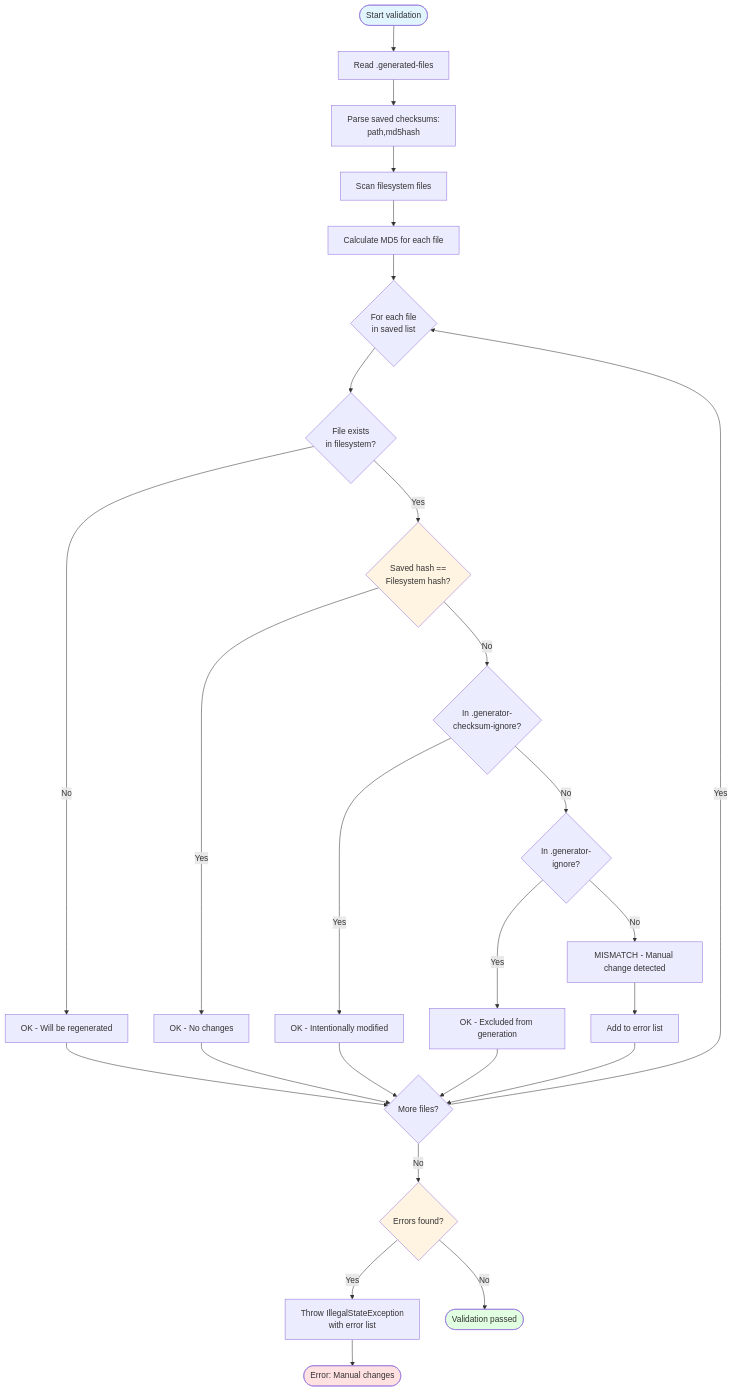
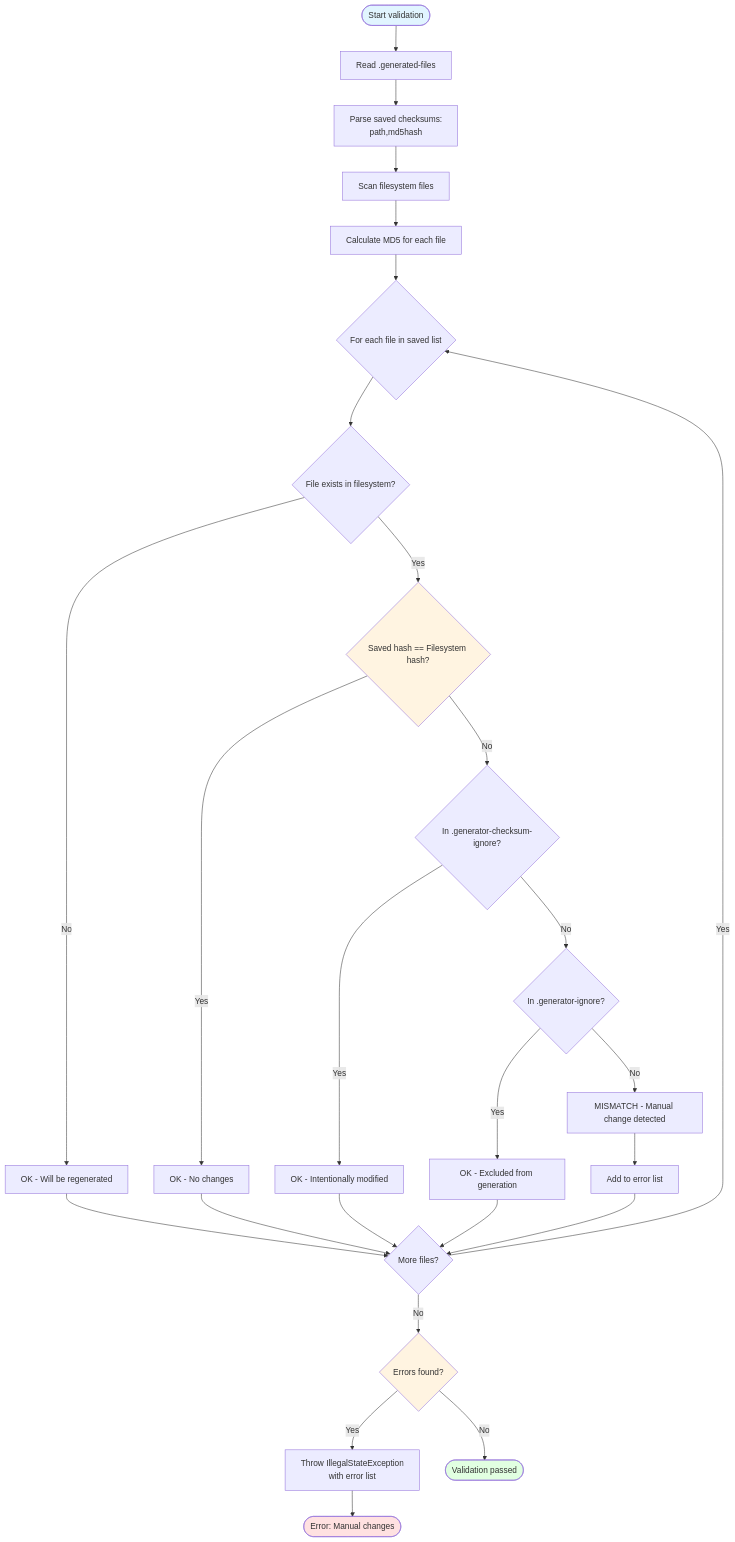
The seventh of 8 diagrams in README.adoc (BlackBeltTechnology/judo-generator-commons), drawn with Mermaid before and after one commit. The commit also changed other lines of this file and 2 other files, not shown here.

First line of the commit message:
Fix Mermaid diagram syntax errors and PAM/PSM typo

```diff
--- a/README.adoc
+++ b/README.adoc
@@ -490,49 +490,49 @@
 [mermaid]
 ----
 flowchart TD
     Start([Start validation]) --> ReadSaved[Read .generated-files]
 
     ReadSaved --> ParseSaved[Parse saved checksums:\npath,md5hash]
 
     ParseSaved --> ReadFS[Scan filesystem files]
 
     ReadFS --> CalcFS[Calculate MD5 for each file]
 
-    CalcFS --> Compare{For each file\nin saved list}
+    CalcFS --> Compare{For each file in saved list}
 
-    Compare --> FileExists{File exists\nin filesystem?}
+    Compare --> FileExists{File exists in filesystem?}
 
     FileExists -->|No| MissingOK[OK - Will be regenerated]
-    FileExists -->|Yes| CompareHash{Saved hash ==\nFilesystem hash?}
+    FileExists -->|Yes| CompareHash{Saved hash == Filesystem hash?}
 
     CompareHash -->|Yes| MatchOK[OK - No changes]
-    CompareHash -->|No| CheckCsumIgnore{In .generator-\nchecksum-ignore?}
+    CompareHash -->|No| CheckCsumIgnore{In .generator-checksum-ignore?}
 
     CheckCsumIgnore -->|Yes| IgnoreOK[OK - Intentionally modified]
-    CheckCsumIgnore -->|No| CheckGenIgnore{In .generator-\nignore?}
+    CheckCsumIgnore -->|No| CheckGenIgnore{In .generator-ignore?}
 
     CheckGenIgnore -->|Yes| GenIgnoreOK[OK - Excluded from generation]
     CheckGenIgnore -->|No| ManualChange[MISMATCH - Manual change detected]
 
     ManualChange --> CollectErrors[Add to error list]
 
     MissingOK --> NextFile{More files?}
     MatchOK --> NextFile
     IgnoreOK --> NextFile
     GenIgnoreOK --> NextFile
     CollectErrors --> NextFile
 
     NextFile -->|Yes| Compare
     NextFile -->|No| HasErrors{Errors found?}
 
     HasErrors -->|Yes| ThrowException[Throw IllegalStateException\nwith error list]
     HasErrors -->|No| Success([Validation passed])
 
     ThrowException --> Error([Error: Manual changes])
 
     style Start fill:#e1f5ff
     style Success fill:#e1ffe1
     style Error fill:#ffe1e1
     style CompareHash fill:#fff4e1
     style HasErrors fill:#fff4e1
 ----
```
